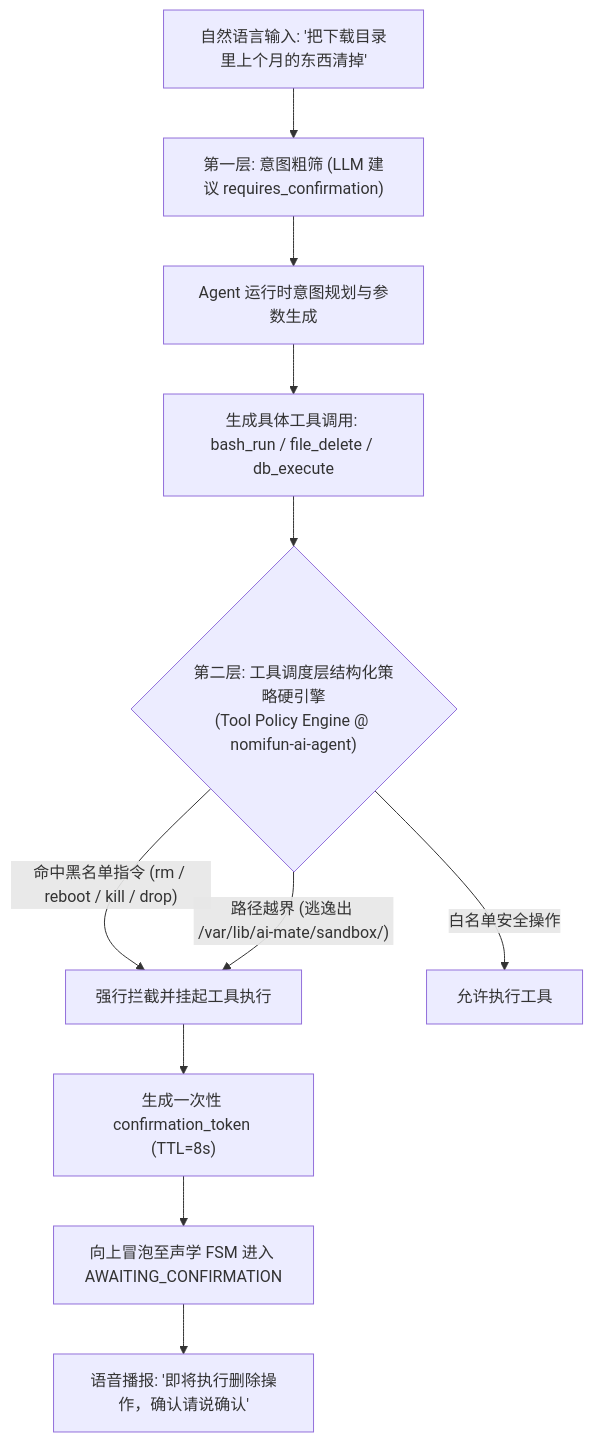
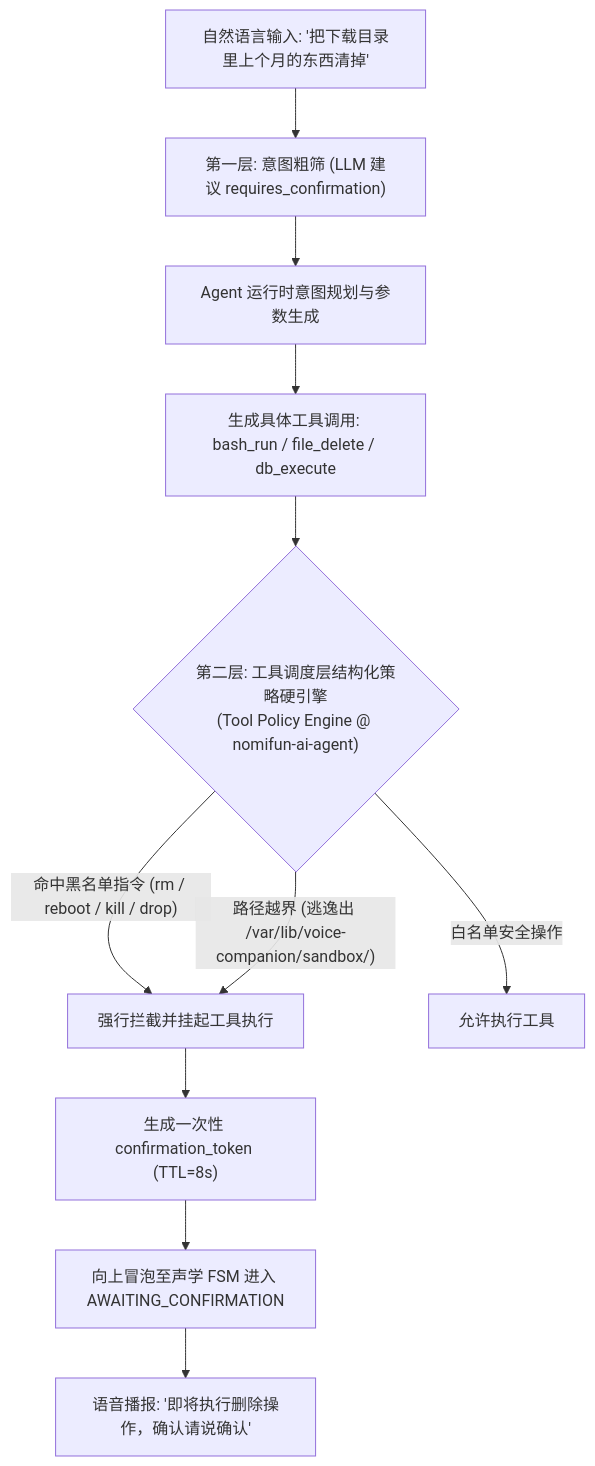
Before and after one commit to Michael-Lfx/allo: the third of 5 diagrams in docs/architecture/voice-agent/interaction.zh.md, drawn with Mermaid. The commit also changed other lines of this file and 7 other files, not shown here.

First line of the commit message:
docs(voice): align current voice docs with the voice-companion naming

````diff
--- a/docs/architecture/voice-agent/interaction.zh.md
+++ b/docs/architecture/voice-agent/interaction.zh.md
@@ -408,16 +408,16 @@
 ```mermaid
 flowchart TD
     RawNL["自然语言输入: '把下载目录里上个月的东西清掉'"] --> Layer1["第一层: 意图粗筛 (LLM 建议 requires_confirmation)"]
     Layer1 --> AgentPlan["Agent 运行时意图规划与参数生成"]
     AgentPlan --> ToolCall["生成具体工具调用: bash_run / file_delete / db_execute"]
     
     ToolCall --> Layer2{"第二层: 工具调度层结构化策略硬引擎<br/>(Tool Policy Engine @ nomifun-ai-agent)"}
     
     Layer2 -->|"命中黑名单指令 (rm / reboot / kill / drop)"| Block["强行拦截并挂起工具执行"]
-    Layer2 -->|"路径越界 (逃逸出 /var/lib/ai-mate/sandbox/)"| Block
+    Layer2 -->|"路径越界 (逃逸出 /var/lib/voice-companion/sandbox/)"| Block
     Layer2 -->|"白名单安全操作"| Allow["允许执行工具"]
 
     Block --> GenToken["生成一次性 confirmation_token (TTL=8s)"]
     GenToken --> Bubble["向上冒泡至声学 FSM 进入 AWAITING_CONFIRMATION"]
     Bubble --> VoiceAsk["语音播报: '即将执行删除操作，确认请说确认'"]
 ```
````
